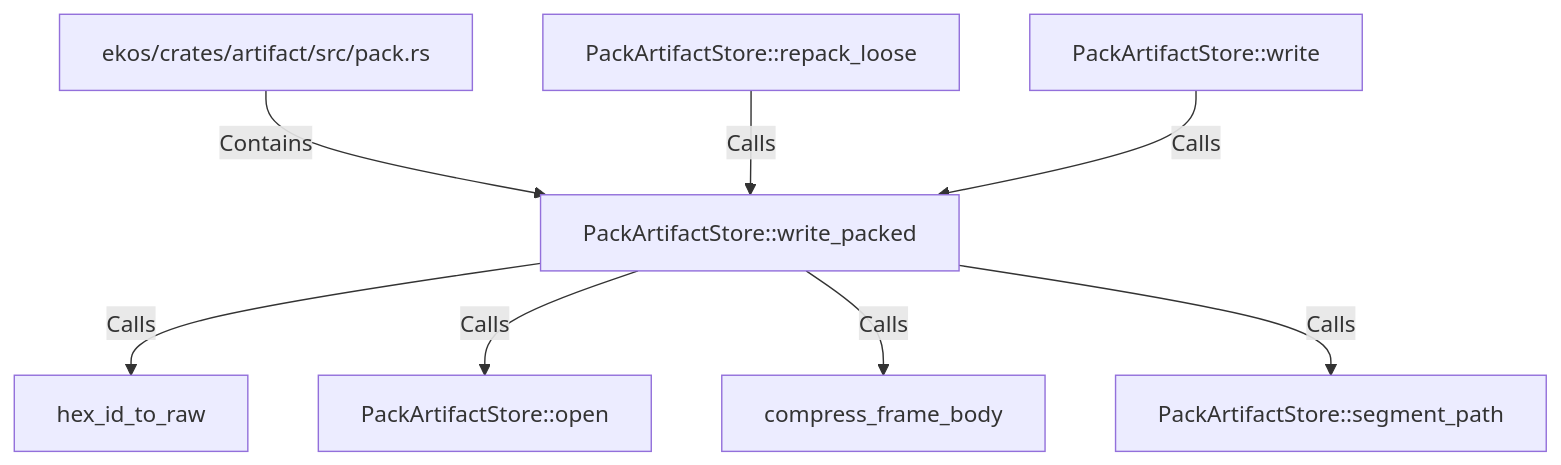
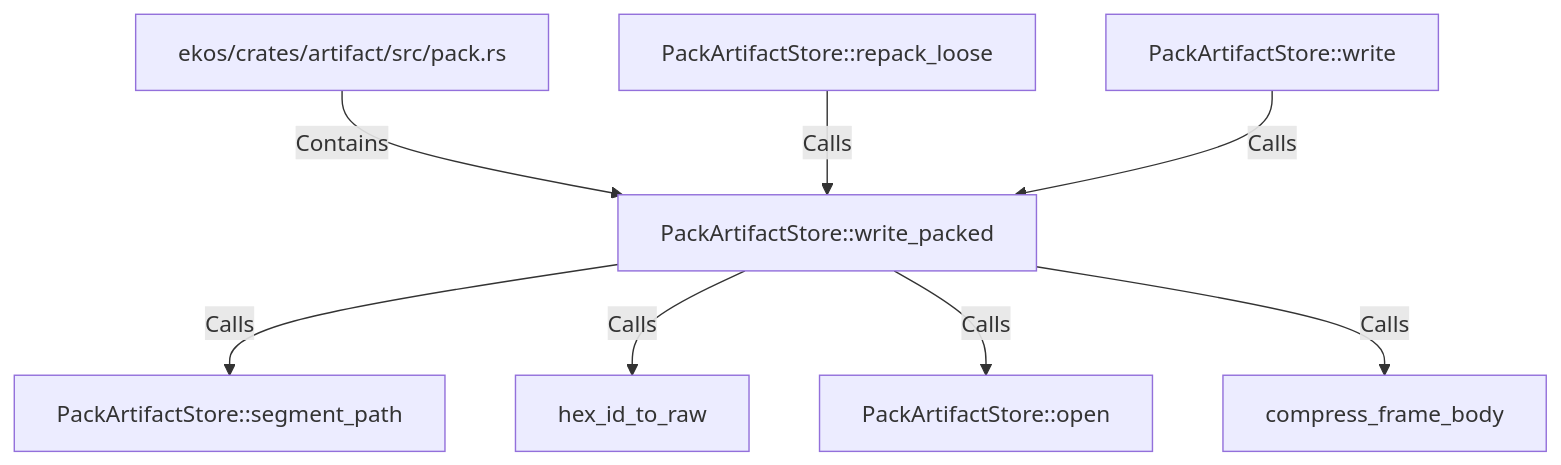
Before and after one commit to alexeyban/EKOS: the diagram in doc/entities/rustsymbol/pa/packartifactstore-write-packed.md, drawn with Mermaid. The commit also changed other lines of this file and 552 other files, not shown here.

````diff
--- a/doc/entities/rustsymbol/pa/packartifactstore-write-packed.md
+++ b/doc/entities/rustsymbol/pa/packartifactstore-write-packed.md
@@ -26,18 +26,18 @@
 ```mermaid
 graph TD
     n2c2ad043598d5fcbbf2ded4347ca2ae6["PackArtifactStore::write_packed"]
     n98cd7507d9e759e3acfbc7ffb05d9f73["ekos/crates/artifact/src/pack.rs"]
     n98cd7507d9e759e3acfbc7ffb05d9f73 -->|Contains| n2c2ad043598d5fcbbf2ded4347ca2ae6
     na9bd0f7ac0de5f6f85046946351fd959["PackArtifactStore::repack_loose"]
     na9bd0f7ac0de5f6f85046946351fd959 -->|Calls| n2c2ad043598d5fcbbf2ded4347ca2ae6
+    n81f9c174cef75857bc309e1cdef8c67a["PackArtifactStore::segment_path"]
+    n2c2ad043598d5fcbbf2ded4347ca2ae6 -->|Calls| n81f9c174cef75857bc309e1cdef8c67a
     ne1da57b7834b5ec6aaa8ccb775efd8bc["hex_id_to_raw"]
     n2c2ad043598d5fcbbf2ded4347ca2ae6 -->|Calls| ne1da57b7834b5ec6aaa8ccb775efd8bc
     n0047714766fe5667876f59e9dc819b1c["PackArtifactStore::open"]
     n2c2ad043598d5fcbbf2ded4347ca2ae6 -->|Calls| n0047714766fe5667876f59e9dc819b1c
     n3ac7addf75fc54beb6be8627d750462e["compress_frame_body"]
     n2c2ad043598d5fcbbf2ded4347ca2ae6 -->|Calls| n3ac7addf75fc54beb6be8627d750462e
-    n81f9c174cef75857bc309e1cdef8c67a["PackArtifactStore::segment_path"]
-    n2c2ad043598d5fcbbf2ded4347ca2ae6 -->|Calls| n81f9c174cef75857bc309e1cdef8c67a
     nf153ee6296d15be6bdb9249eab66c33b["PackArtifactStore::write"]
     nf153ee6296d15be6bdb9249eab66c33b -->|Calls| n2c2ad043598d5fcbbf2ded4347ca2ae6
 ```
````
